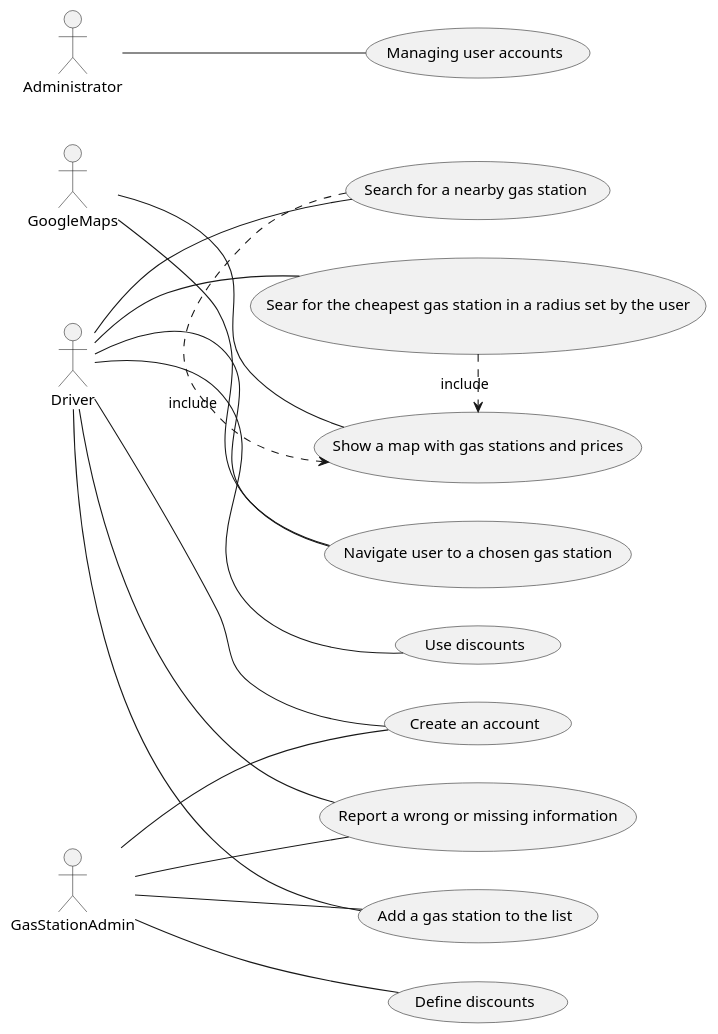
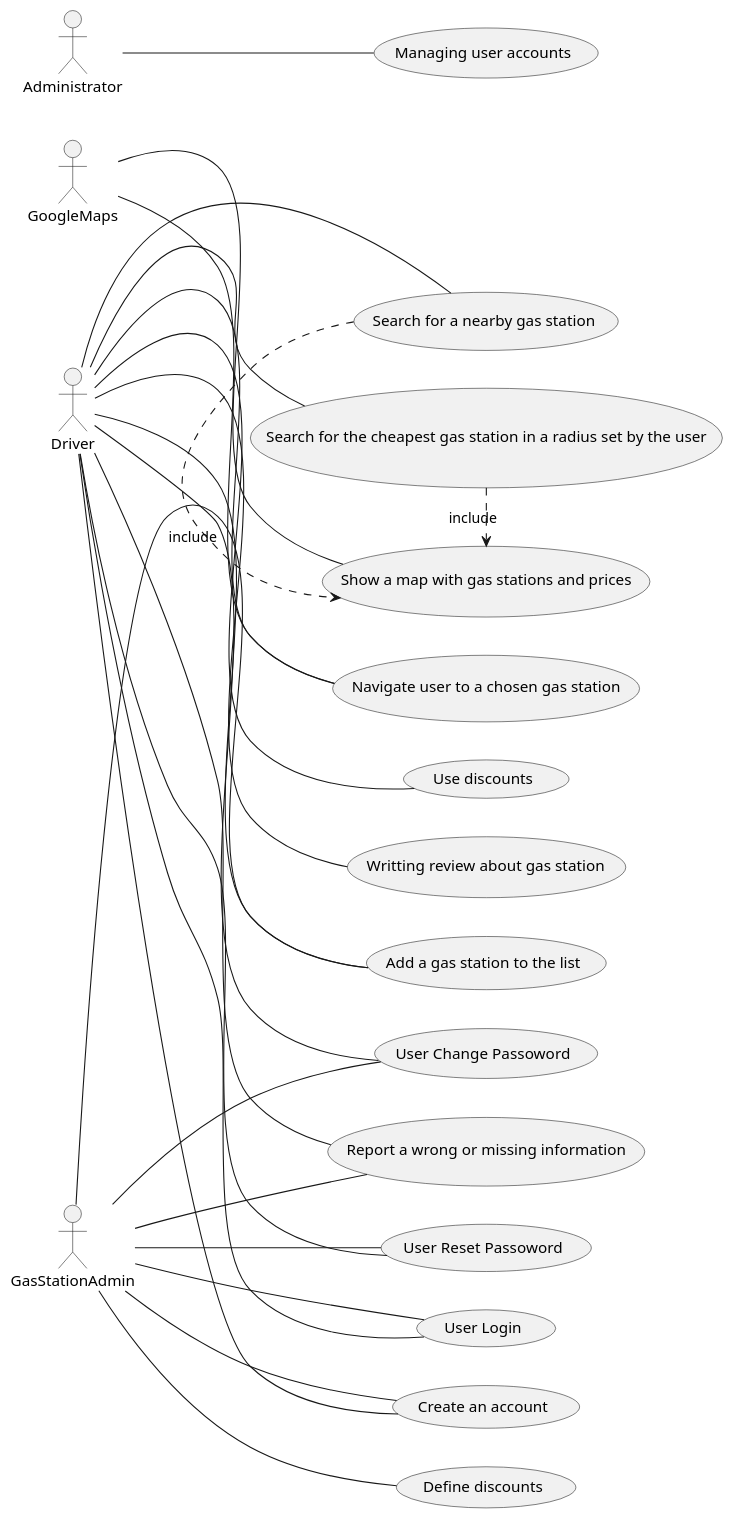
The first of 2 diagrams in docs/RequirementsDocument.md (LucaOddoneSE/EZGas), drawn with PlantUML before and after one commit. The commit also changed other lines of this file, not shown here.

Commit message:
Docs: update use case diagram

````diff
--- a/docs/RequirementsDocument.md
+++ b/docs/RequirementsDocument.md
@@ -89,41 +89,52 @@
 ```plantuml
 @startuml
 left to right direction
 actor Driver as d
 actor GasStationAdmin as a
 actor GoogleMaps as g
 actor Administrator as h
 
 (Search for a nearby gas station) as FR1
-(Sear for the cheapest gas station in a radius set by the user) as FR2
+(Search for the cheapest gas station in a radius set by the user) as FR2
 (Show a map with gas stations and prices) as FR3
 (Navigate user to a chosen gas station) as FR4
 (Create an account) as FR5
 (Add a gas station to the list) as FR6
 (Report a wrong or missing information) as FR7
 (Use discounts) as FR8
 (Define discounts) as FR9
 (Managing user accounts) as FR10
+(Writting review about gas station) as FR11
+(User Login) as FR12
+(User Reset Passoword) as FR13
+(User Change Passoword) as FR14
 
 d -- FR1
 d -- FR2
 d -- FR4
 d -- FR5
 d -- FR6
 d -- FR7
 d -- FR8
+d -- FR11
+d -- FR12
+d -- FR13
+d -- FR14
 
 FR1 .> FR3 : include
 FR2 .> FR3 : include
 
 a -- FR5
 a -- FR6
 a -- FR7
 a -- FR9
+a -- FR12
+a -- FR13
+a -- FR14
 
 g -- FR3
 g -- FR4
 
 h -- FR10
 @enduml
 ```
````
